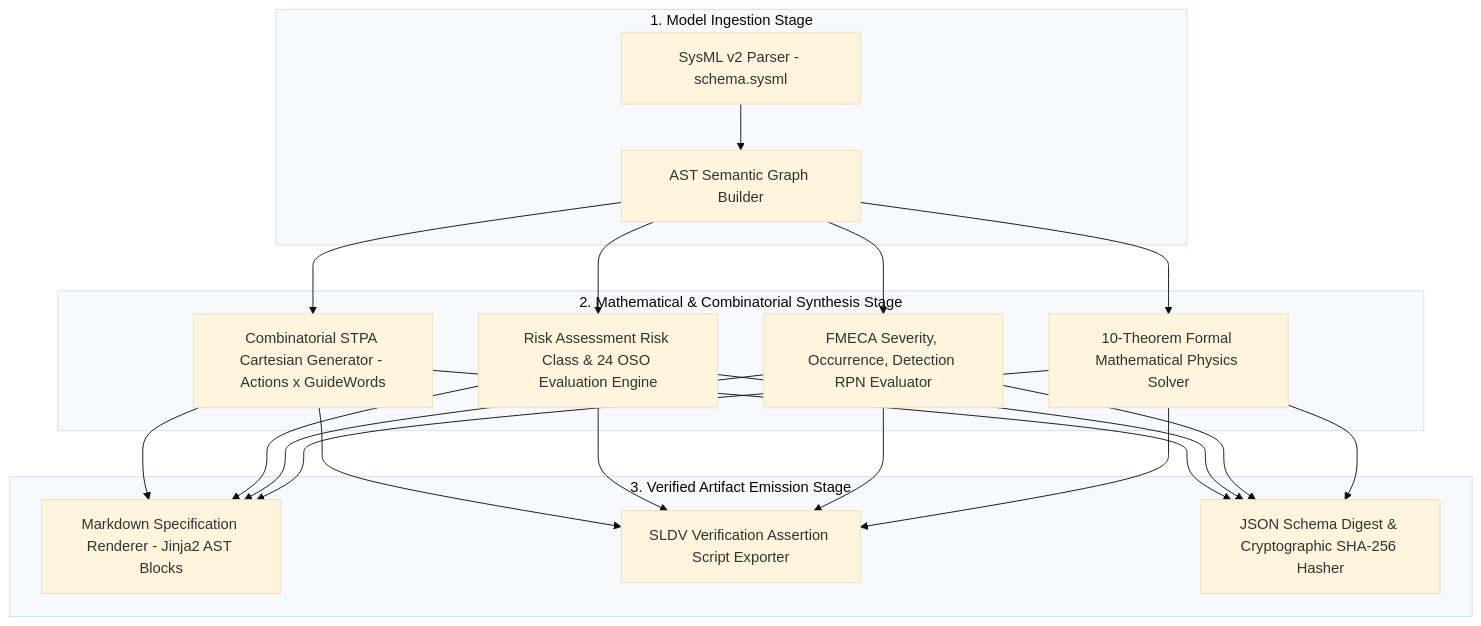
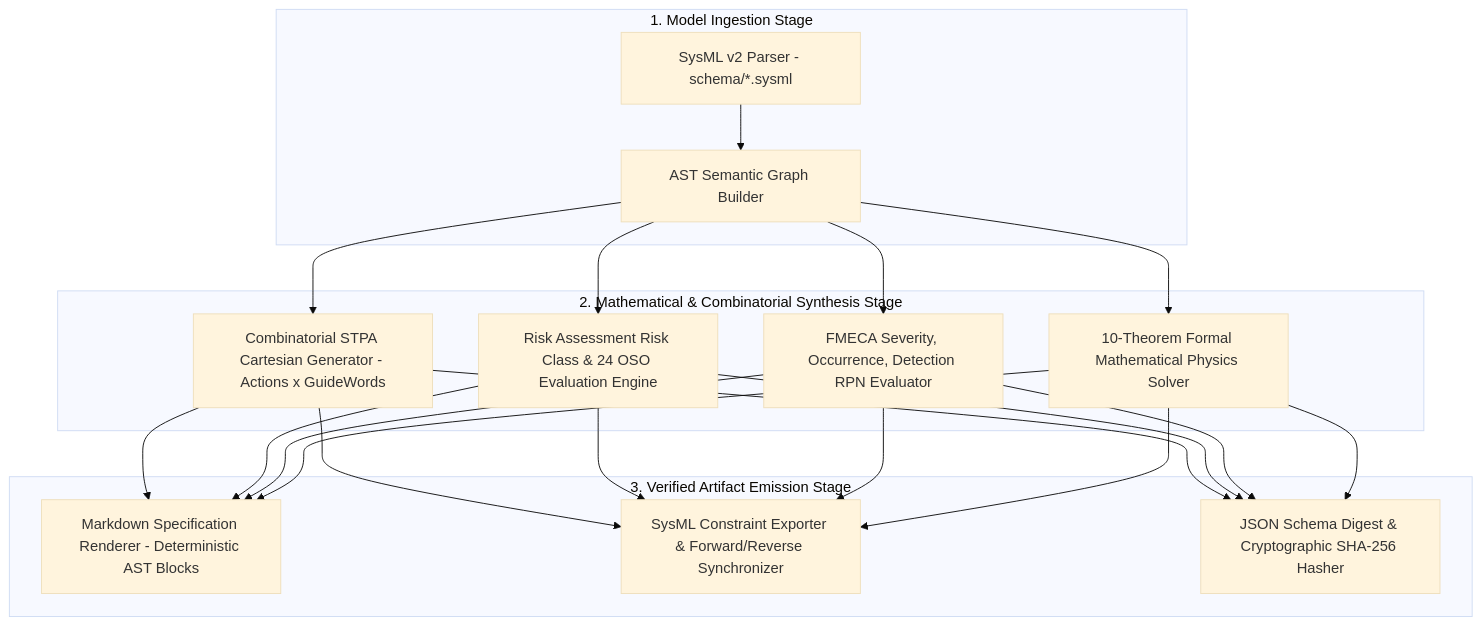
One commit to gintatkinson/DEAP01-spec-core changed the tenth of 11 diagrams in docs/architecture/blueprints/DEAP_DETERMINISTIC_SAFETY_SPECIFICATION_COMPILER_BLUEPRINT.md. Above: the diagram before and after it, drawn with Mermaid (base theme). The commit also changed other lines of this file, not shown here.

Commit message:
docs: replace legacy Python and regex references with native Rust compiler specification in safety compiler blueprint

````diff
--- a/docs/architecture/blueprints/DEAP_DETERMINISTIC_SAFETY_SPECIFICATION_COMPILER_BLUEPRINT.md
+++ b/docs/architecture/blueprints/DEAP_DETERMINISTIC_SAFETY_SPECIFICATION_COMPILER_BLUEPRINT.md
@@ -1275,22 +1275,22 @@
 ```mermaid
 flowchart TD
     subgraph "1. Model Ingestion Stage"
-        A1["SysML v2 Parser - schema.sysml"] --> A2["AST Semantic Graph Builder"]
+        A1["SysML v2 Parser - schema/*.sysml"] --> A2["AST Semantic Graph Builder"]
     end
 
     subgraph "2. Mathematical & Combinatorial Synthesis Stage"
         B1["Combinatorial STPA Cartesian Generator - Actions x GuideWords"]
         B2["Risk Assessment Risk Class & 24 OSO Evaluation Engine"]
         B3["FMECA Severity, Occurrence, Detection RPN Evaluator"]
         B4["10-Theorem Formal Mathematical Physics Solver"]
     end
 
     subgraph "3. Verified Artifact Emission Stage"
-        C1["Markdown Specification Renderer - Jinja2 AST Blocks"]
-        C2["SLDV Verification Assertion Script Exporter"]
+        C1["Markdown Specification Renderer - Deterministic AST Blocks"]
+        C2["SysML Constraint Exporter & Forward/Reverse Synchronizer"]
         C3["JSON Schema Digest & Cryptographic SHA-256 Hasher"]
     end
 
     A2 --> B1 & B2 & B3 & B4
     B1 & B2 & B3 & B4 --> C1 & C2 & C3
 ```
````
